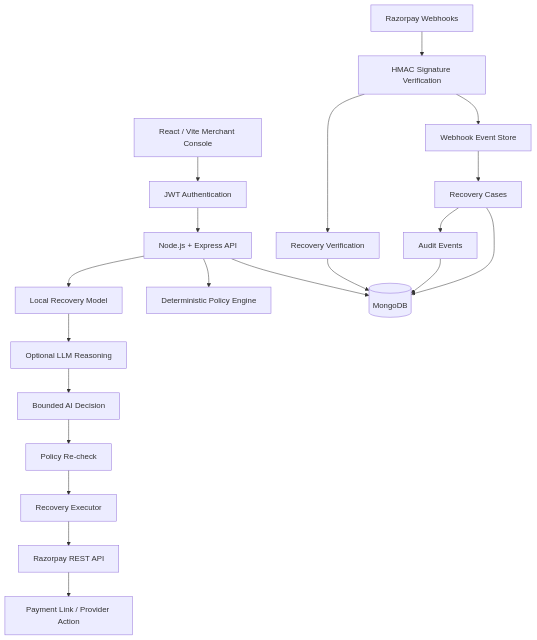
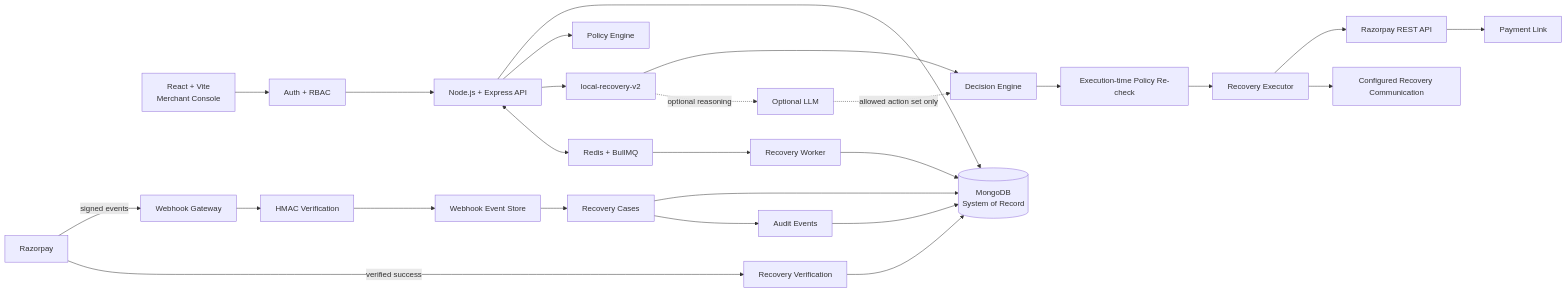
One commit to Sakshya2504/RazCodePay changed the diagram in architecture.md. Above: the diagram before and after it, drawn with Mermaid. The commit also changed other lines of this file, not shown here.

Commit message:
Finalize system architecture documentation

````diff
--- a/architecture.md
+++ b/architecture.md
@@ -17,22 +21,32 @@
 ```mermaid
-flowchart TD
-  Browser[React / Vite Merchant Console] --> Auth[JWT Authentication]
-  Auth --> API[Node.js + Express API]
-  API --> Mongo[(MongoDB)]
-  API --> Policy[Deterministic Policy Engine]
-  API --> Model[Local Recovery Model]
-  Model --> LLM[Optional LLM Reasoning]
-  LLM --> Decision[Bounded AI Decision]
-  Decision --> Policy2[Policy Re-check]
-  Policy2 --> Executor[Recovery Executor]
-  Executor --> RP[Razorpay REST API]
-  RP --> Link[Payment Link / Provider Action]
-  Razorpay[Razorpay Webhooks] --> Verify[HMAC Signature Verification]
-  Verify --> Events[Webhook Event Store]
-  Events --> Cases[Recovery Cases]
-  Cases --> Mongo
-  Verify --> Recovery[Recovery Verification]
-  Recovery --> Mongo
-  Cases --> Audit[Audit Events]
-  Audit --> Mongo
+flowchart LR
+    UI[React + Vite\nMerchant Console] --> AUTH[Auth + RBAC]
+    AUTH --> API[Node.js + Express API]
+    API --> DB[(MongoDB\nSystem of Record)]
+    API --> POLICY[Policy Engine]
+    API --> MODEL[local-recovery-v2]
+    MODEL --> DECISION[Decision Engine]
+    DECISION --> POLICY2[Execution-time Policy Re-check]
+    POLICY2 --> EXEC[Recovery Executor]
+
+    RP[Razorpay] -->|signed events| WEBHOOK[Webhook Gateway]
+    WEBHOOK --> VERIFY[HMAC Verification]
+    VERIFY --> EVENTSTORE[Webhook Event Store]
+    EVENTSTORE --> CASES[Recovery Cases]
+    CASES --> DB
+
+    EXEC --> RPAPI[Razorpay REST API]
+    EXEC --> MSG[Configured Recovery Communication]
+    RPAPI --> LINK[Payment Link]
+    RP -->|verified success| RECOVERY[Recovery Verification]
+    RECOVERY --> DB
+
+    API <--> QUEUE[Redis + BullMQ]
+    QUEUE --> WORKER[Recovery Worker]
+    WORKER --> DB
+    CASES --> AUDIT[Audit Events]
+    AUDIT --> DB
+
+    MODEL -. optional reasoning .-> LLM[Optional LLM]
+    LLM -. allowed action set only .-> DECISION
 ```
````
